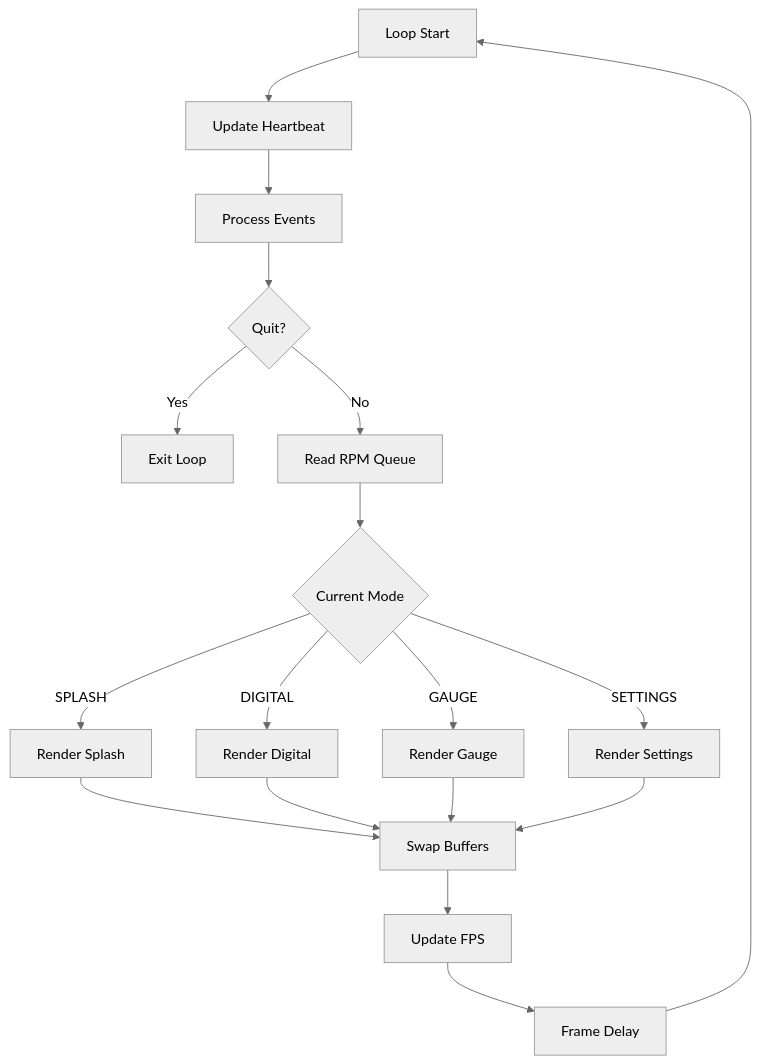
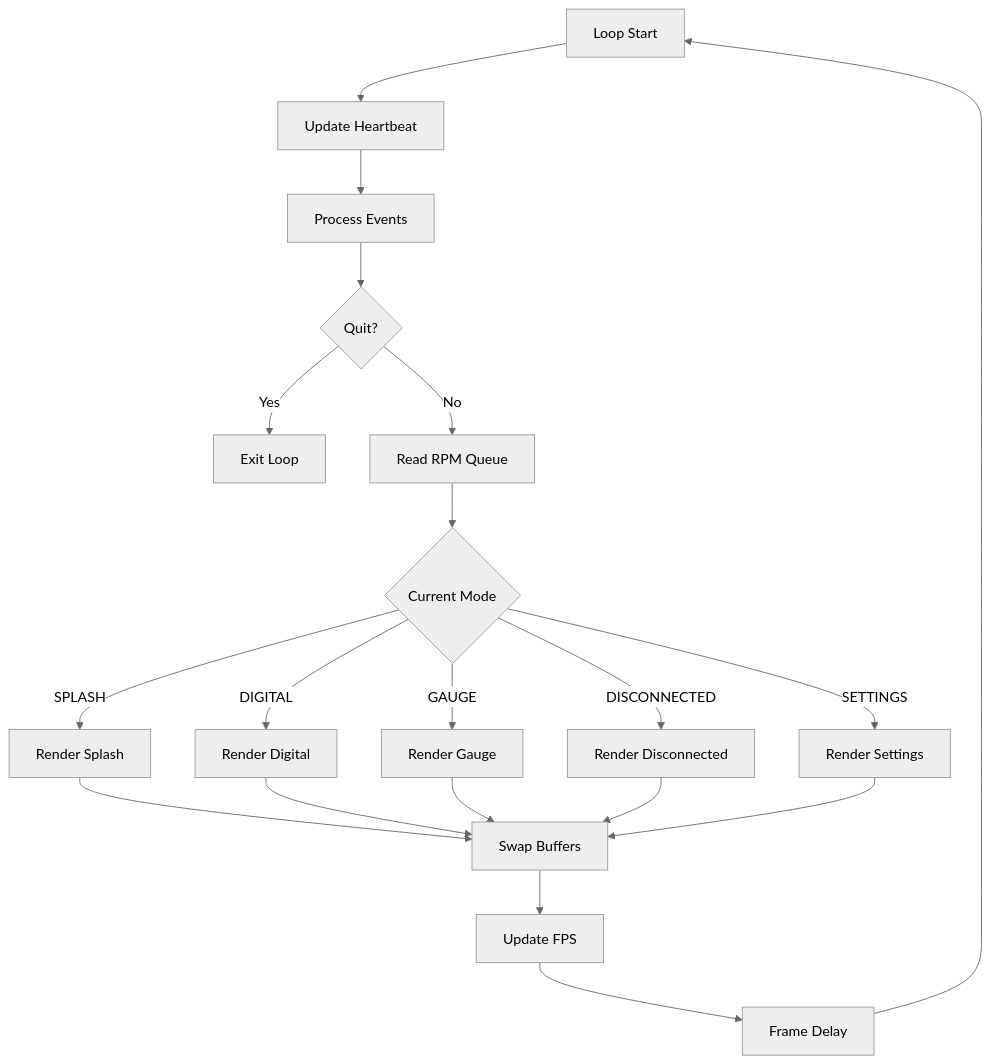
Before and after one commit to William12556/GTach: the second of 2 diagrams in workspace/design/design-b8c9d0e1-component_display_manager.md, drawn with Mermaid (neutral theme). The commit also changed other lines of this file and 70 other files, not shown here.

````diff
--- a/workspace/design/design-b8c9d0e1-component_display_manager.md
+++ b/workspace/design/design-b8c9d0e1-component_display_manager.md
@@ -479,23 +525,25 @@
 ```mermaid
 flowchart TD
     START[Loop Start] --> HB[Update Heartbeat]
     HB --> EVENTS[Process Events]
     EVENTS --> QUIT{Quit?}
     QUIT -->|Yes| STOP[Exit Loop]
     QUIT -->|No| RPM[Read RPM Queue]
     
     RPM --> MODE{Current Mode}
     MODE -->|SPLASH| RS[Render Splash]
     MODE -->|DIGITAL| RD[Render Digital]
     MODE -->|GAUGE| RG[Render Gauge]
+    MODE -->|DISCONNECTED| RX[Render Disconnected]
     MODE -->|SETTINGS| RST[Render Settings]
     
     RS --> SWAP
     RD --> SWAP
     RG --> SWAP
+    RX --> SWAP
     RST --> SWAP
     
     SWAP[Swap Buffers] --> FPS[Update FPS]
     FPS --> DELAY[Frame Delay]
     DELAY --> START
 ```
````
